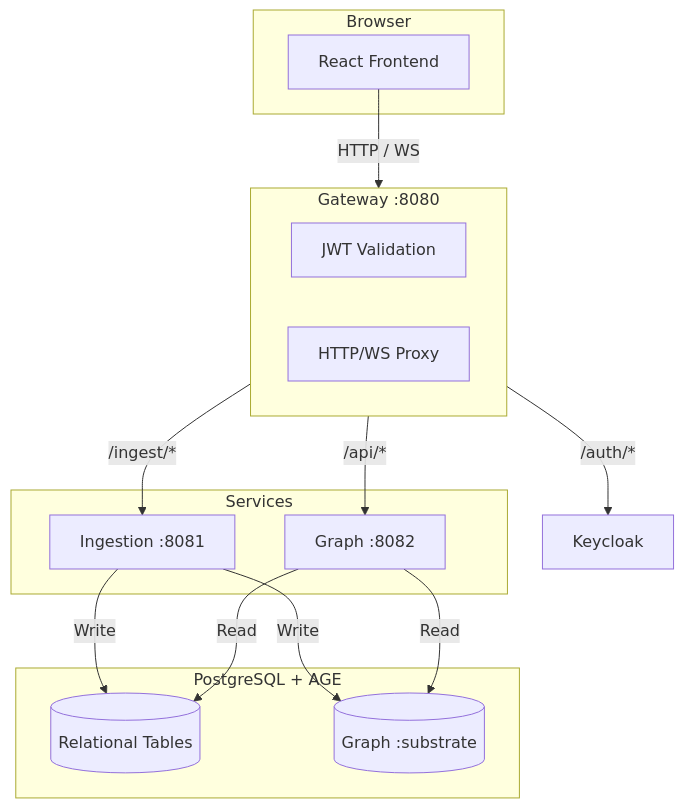
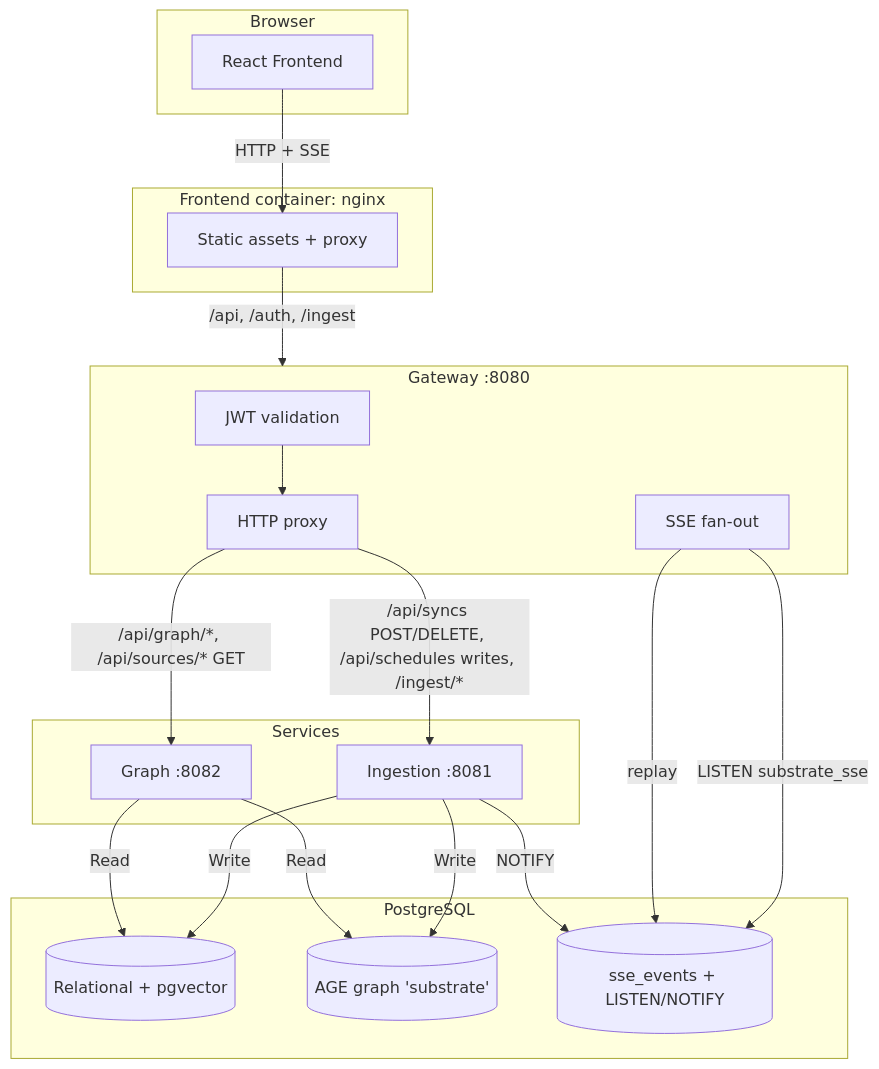
The first of 2 diagrams in docs/architecture/overview.md (invariantcontinuum/substrate), drawn with Mermaid before and after one commit. The commit also changed other lines of this file and 11 other files, not shown here.

Commit message:
docs: rewrite architecture and system-design docs for single-db, sse-only, ast chunker, enriched summary

````diff
--- a/docs/architecture/overview.md
+++ b/docs/architecture/overview.md
@@ -87,31 +84,43 @@
 ```mermaid
 flowchart TB
     subgraph Browser["Browser"]
         UI[React Frontend]
     end
 
+    subgraph Edge["Frontend container: nginx"]
+        PROX[Static assets + proxy]
+    end
+
     subgraph Gateway["Gateway :8080"]
-        AUTH[JWT Validation]
-        PROXY[HTTP/WS Proxy]
+        AUTH[JWT validation]
+        FAN[SSE fan-out]
+        PROXY[HTTP proxy]
     end
 
     subgraph Services["Services"]
         ING[Ingestion :8081]
         GRAPH[Graph :8082]
     end
 
-    subgraph Data["PostgreSQL + AGE"]
-        REL[(Relational Tables)]
-        AGE[(Graph :substrate)]
+    subgraph Data["PostgreSQL"]
+        REL[(Relational + pgvector)]
+        AGE[(AGE graph 'substrate')]
+        SSE[(sse_events + LISTEN/NOTIFY)]
     end
 
-    UI -->|HTTP / WS| Gateway
-    Gateway -->|/api/*| GRAPH
-    Gateway -->|/ingest/*| ING
-    Gateway -->|/auth/*| Keycloak
+    UI -->|HTTP + SSE| PROX
+    PROX -->|/api, /auth, /ingest| Gateway
+
+    AUTH --> PROXY
+    PROXY -->|/api/graph/*, /api/sources/* GET| GRAPH
+    PROXY -->|/api/syncs POST/DELETE, /api/schedules writes, /ingest/*| ING
+
+    FAN -->|LISTEN substrate_sse| SSE
+    FAN -->|replay| SSE
 
     ING -->|Write| REL
     ING -->|Write| AGE
+    ING -->|NOTIFY| SSE
     GRAPH -->|Read| REL
     GRAPH -->|Read| AGE
 ```
````
